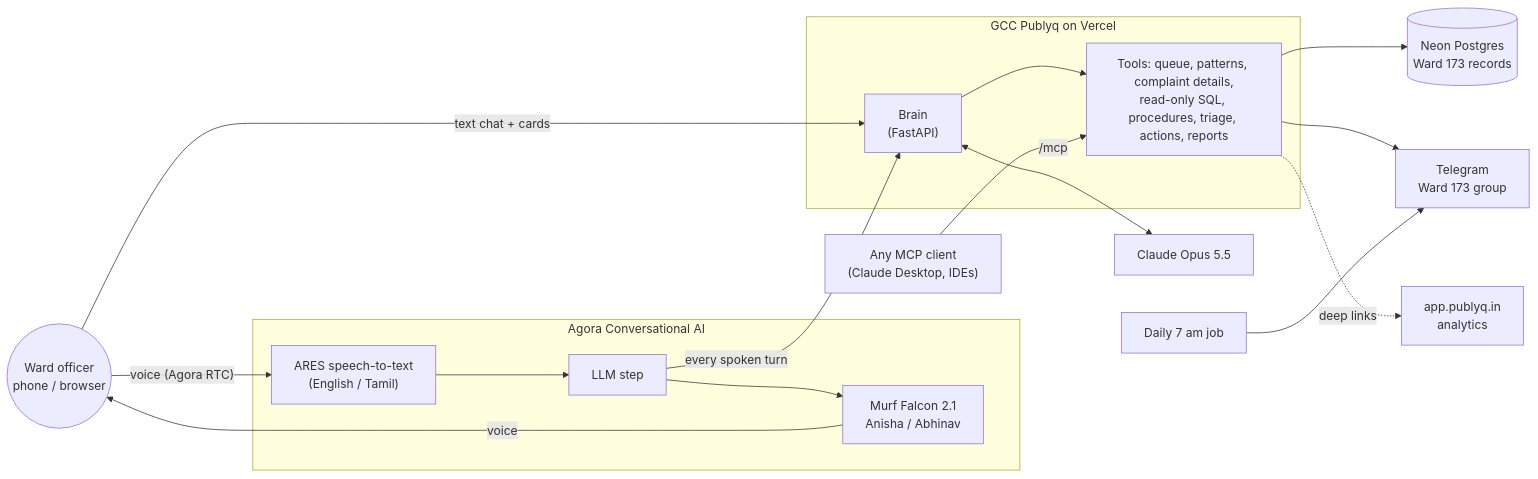
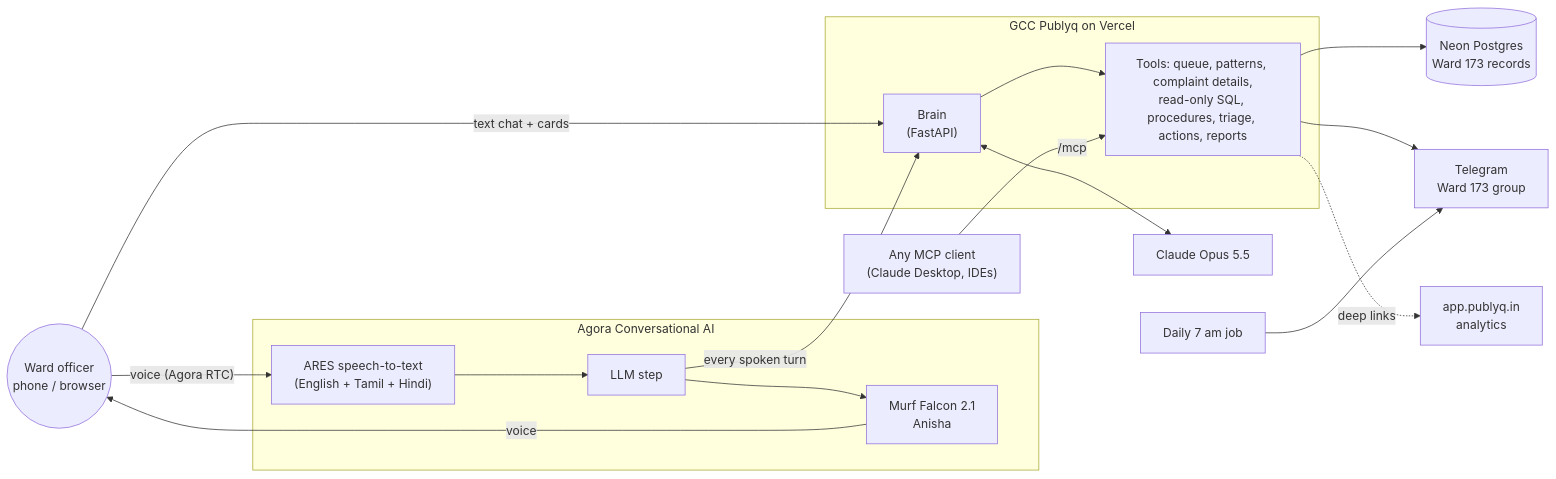
One commit to SushilDev13/gcc-publyq changed the diagram in README.md. Above: the diagram before and after it, drawn with Mermaid. The commit also changed other lines of this file and 11 other files, not shown here.

First line of the commit message:
Hindi voice, automatic English/Tamil/Hindi switching, voice-first page

````diff
--- a/README.md
+++ b/README.md
@@ -58,28 +58,28 @@
 ```mermaid
 flowchart LR
     U(("Ward officer<br/>phone / browser"))
     subgraph Agora["Agora Conversational AI"]
-        STT["ARES speech-to-text<br/>(English / Tamil)"] --> LLMhop["LLM step"] --> TTS["Murf Falcon 2.1<br/>Anisha / Abhinav"]
+        STT["ARES speech-to-text<br/>(English + Tamil + Hindi)"] --> LLMhop["LLM step"] --> TTS["Murf Falcon 2.1<br/>Anisha"]
     end
     subgraph App["GCC Publyq on Vercel"]
         Brain["Brain<br/>(FastAPI)"]
         Tools["Tools: queue, patterns, complaint details,<br/>read-only SQL, procedures, triage, actions, reports"]
         Brain --> Tools
     end
     Claude["Claude Opus 5.5"]
     DB[("Neon Postgres<br/>Ward 173 records")]
     TG["Telegram<br/>Ward 173 group"]
     PQ["app.publyq.in<br/>analytics"]
     MCPc["Any MCP client<br/>(Claude Desktop, IDEs)"]
 
     U -- "voice (Agora RTC)" --> STT
     TTS -- "voice" --> U
     LLMhop -- "every spoken turn" --> Brain
     U -- "text chat + cards" --> Brain
     Brain <--> Claude
     Tools --> DB
     Tools --> TG
     Tools -. "deep links" .-> PQ
     MCPc -- "/mcp" --> Tools
     Cron["Daily 7 am job"] --> TG
 ```
````
